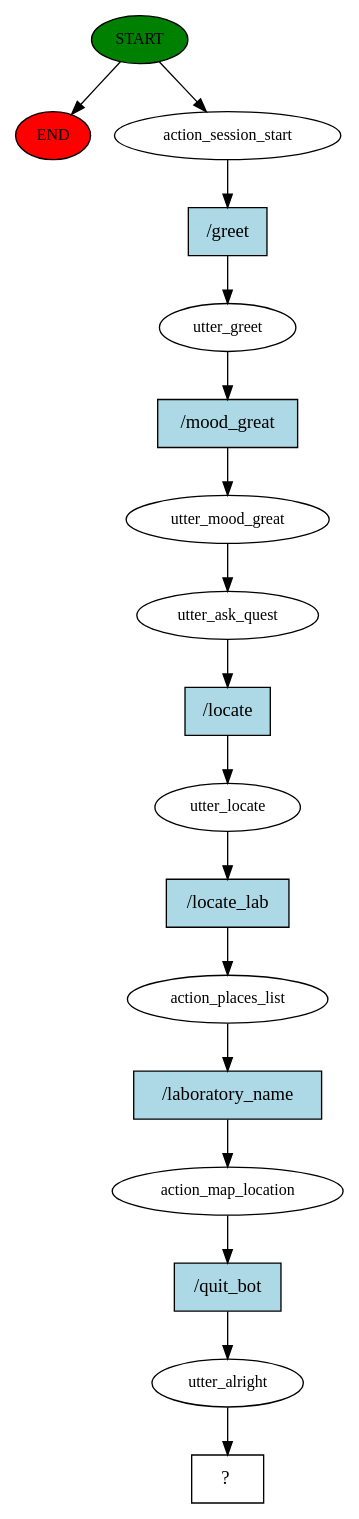
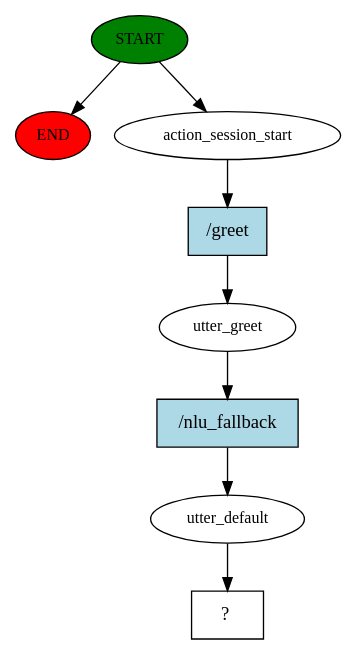
The diagram in story_graph.dot (mebaidoo/Medical-Chatbot-Capstone), drawn with Graphviz before and after one commit. The commit also changed 135 other files, not shown here.

```diff
--- a/story_graph.dot
+++ b/story_graph.dot
@@ -1,35 +1,17 @@
 digraph  {
 0 [class="start active", fillcolor=green, fontsize=12, label=START, style=filled];
 "-1" [class=end, fillcolor=red, fontsize=12, label=END, style=filled];
 1 [class=active, fontsize=12, label=action_session_start];
 2 [class=active, fontsize=12, label=utter_greet];
-3 [class=active, fontsize=12, label=utter_mood_great];
-4 [class=active, fontsize=12, label=utter_ask_quest];
-5 [class=active, fontsize=12, label=utter_locate];
-6 [class=active, fontsize=12, label=action_places_list];
-7 [class=active, fontsize=12, label=action_map_location];
-8 [class=active, fontsize=12, label=utter_alright];
-9 [class="intent dashed active", label="  ?  ", shape=rect];
-10 [class="intent active", fillcolor=lightblue, label="/greet", shape=rect, style=filled];
-11 [class="intent active", fillcolor=lightblue, label="/mood_great", shape=rect, style=filled];
-12 [class="intent active", fillcolor=lightblue, label="/locate", shape=rect, style=filled];
-13 [class="intent active", fillcolor=lightblue, label="/locate_lab", shape=rect, style=filled];
-14 [class="intent active", fillcolor=lightblue, label="/laboratory_name", shape=rect, style=filled];
-15 [class="intent active", fillcolor=lightblue, label="/quit_bot", shape=rect, style=filled];
+3 [class=active, fontsize=12, label=utter_default];
+4 [class="intent dashed active", label="  ?  ", shape=rect];
+5 [class="intent active", fillcolor=lightblue, label="/greet", shape=rect, style=filled];
+6 [class="intent active", fillcolor=lightblue, label="/nlu_fallback", shape=rect, style=filled];
 0 -> "-1"  [class="", key=NONE, label=""];
 0 -> 1  [class=active, key=NONE, label=""];
-1 -> 10  [class=active, key=0];
-2 -> 11  [class=active, key=0];
+1 -> 5  [class=active, key=0];
+2 -> 6  [class=active, key=0];
 3 -> 4  [class=active, key=NONE, label=""];
-4 -> 12  [class=active, key=0];
-5 -> 13  [class=active, key=0];
-6 -> 14  [class=active, key=0];
-7 -> 15  [class=active, key=0];
-8 -> 9  [class=active, key=NONE, label=""];
-10 -> 2  [class=active, key=0];
-11 -> 3  [class=active, key=0];
-12 -> 5  [class=active, key=0];
-13 -> 6  [class=active, key=0];
-14 -> 7  [class=active, key=0];
-15 -> 8  [class=active, key=0];
+5 -> 2  [class=active, key=0];
+6 -> 3  [class=active, key=0];
 }
```
